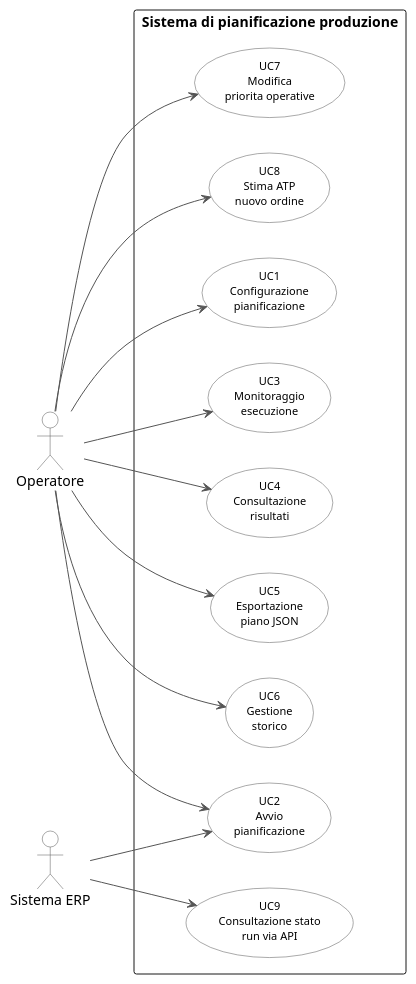
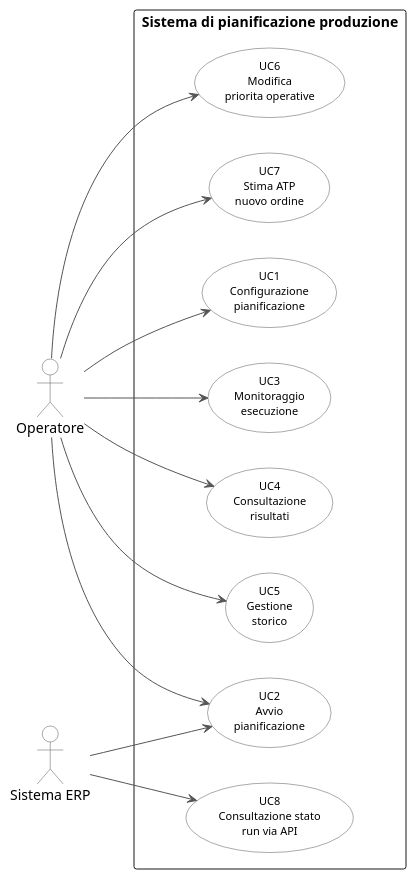
The diagram in plantuml/usecase/scenarioPrincipale.puml (Faverooo/Tesi-MarcoFavero), drawn with PlantUML before and after one commit. The commit also changed 20 other files, not shown here.

```diff
--- a/plantuml/usecase/scenarioPrincipale.puml
+++ b/plantuml/usecase/scenarioPrincipale.puml
@@ -1,41 +1,39 @@
 @startuml scenarioPrincipale
 left to right direction
 skinparam backgroundColor white
 skinparam usecase {
     BackgroundColor White
     BorderColor #555555
     ArrowColor #555555
     FontSize 11
 }
 skinparam actor {
     BackgroundColor White
     BorderColor #555555
 }
 
 actor "Operatore" as op
 actor "Sistema ERP" as erp
 
 rectangle "Sistema di pianificazione produzione" {
     (UC1\nConfigurazione\npianificazione) as UC1
     (UC2\nAvvio\npianificazione) as UC2
     (UC3\nMonitoraggio\nesecuzione) as UC3
     (UC4\nConsultazione\nrisultati) as UC4
-    (UC5\nEsportazione\npiano JSON) as UC5
-    (UC6\nGestione\nstorico) as UC6
-    (UC7\nModifica\npriorita operative) as UC7
-    (UC8\nStima ATP\nnuovo ordine) as UC8
-    (UC9\nConsultazione stato\nrun via API) as UC9
+    (UC5\nGestione\nstorico) as UC5
+    (UC6\nModifica\npriorita operative) as UC6
+    (UC7\nStima ATP\nnuovo ordine) as UC7
+    (UC8\nConsultazione stato\nrun via API) as UC8
 }
 
 op --> UC1
 op --> UC2
 op --> UC3
 op --> UC4
 op --> UC5
 op --> UC6
 op --> UC7
-op --> UC8
 
 erp --> UC2
-erp --> UC9
+erp --> UC8
 @enduml
```
